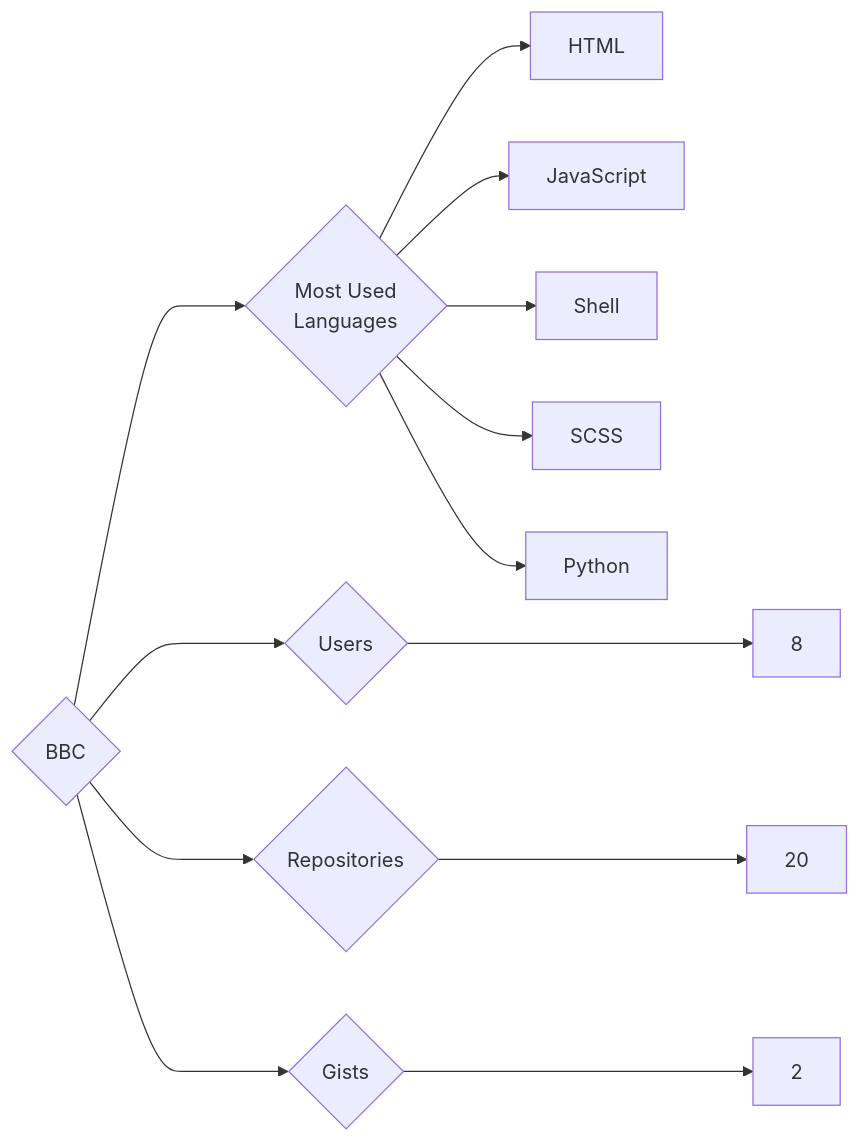
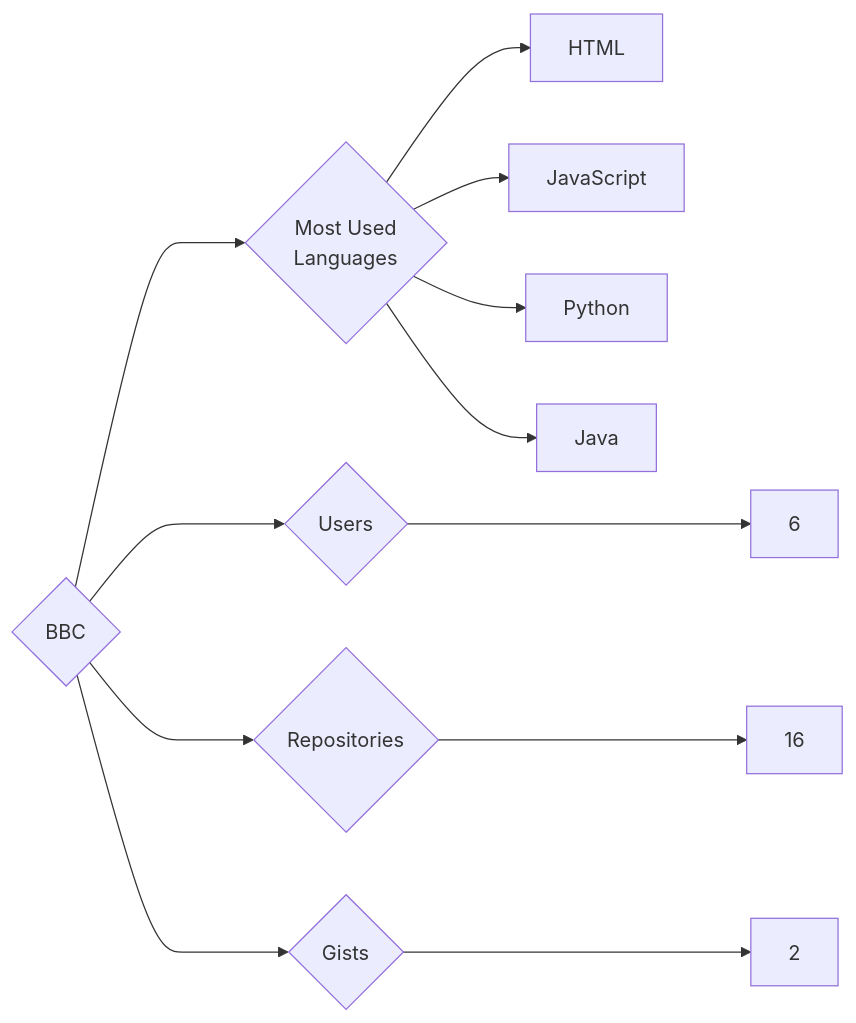
One commit to trickest/insiders changed the diagram in targets/BBC/README.md. Above: the diagram before and after it, drawn with Mermaid. The commit also changed 857 other files, not shown here.

````diff
--- a/targets/BBC/README.md
+++ b/targets/BBC/README.md
@@ -3,13 +3,12 @@
 ```mermaid
 graph LR
 COMPANY_NAME{BBC}
-COMPANY_NAME ---> U{Users} ---> UN[8]
-COMPANY_NAME ---> R{Repositories} ---> RN[20]
+COMPANY_NAME ---> U{Users} ---> UN[6]
+COMPANY_NAME ---> R{Repositories} ---> RN[16]
 COMPANY_NAME ---> G{Gists} ---> GN[2]
 COMPANY_NAME ---> ML{Most Used<br>Languages}
 ML --> HTML[HTML]
 ML --> JavaScript[JavaScript]
-ML --> Shell[Shell]
-ML --> SCSS[SCSS]
 ML --> Python[Python]
+ML --> Java[Java]
 ```
````
